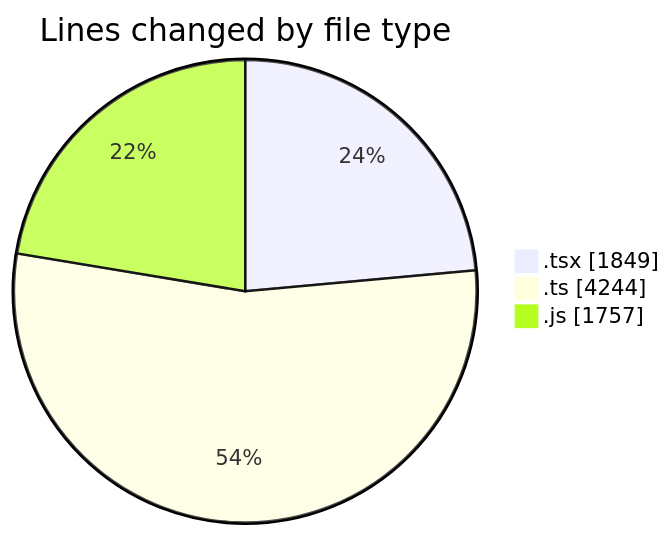
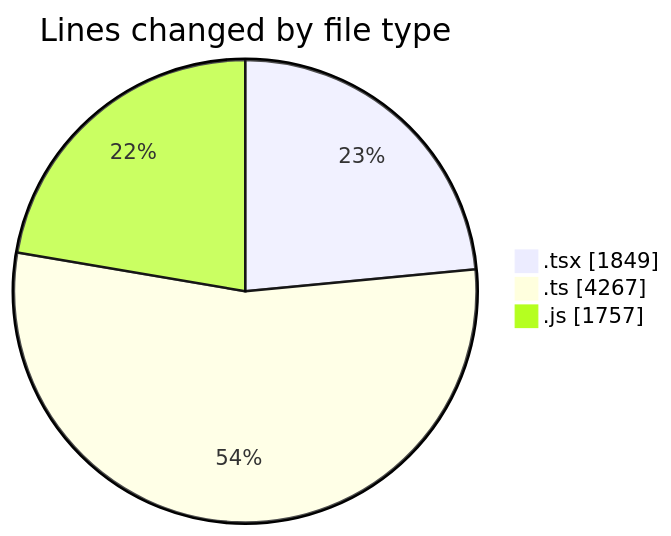
The first of 2 diagrams in 2026-07-31/cda/README.md (momahboobian/code-tracking), drawn with Mermaid before and after one commit. The commit also changed other lines of this file and 1 other file, not shown here.

````diff
--- a/2026-07-31/cda/README.md
+++ b/2026-07-31/cda/README.md
@@ -47,7 +47,7 @@
 ```mermaid
 pie showData
 title Lines changed by file type
 ".tsx" : 1849
-".ts" : 4244
+".ts" : 4267
 ".js" : 1757
 ```
````
